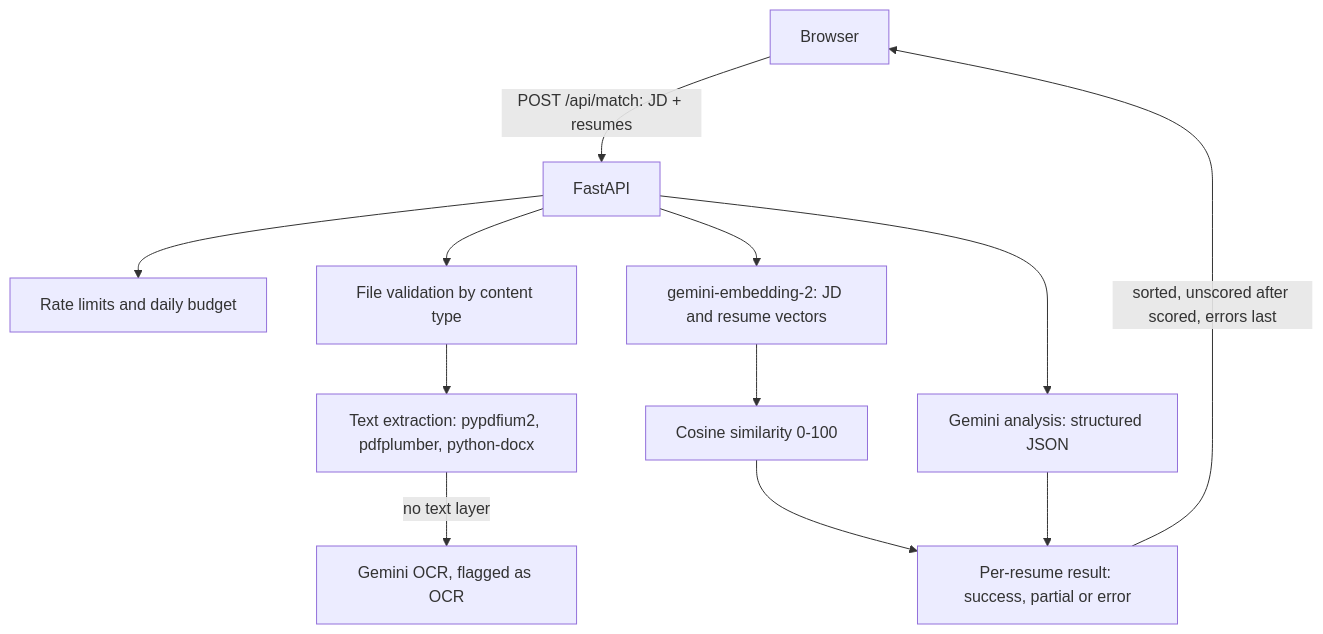
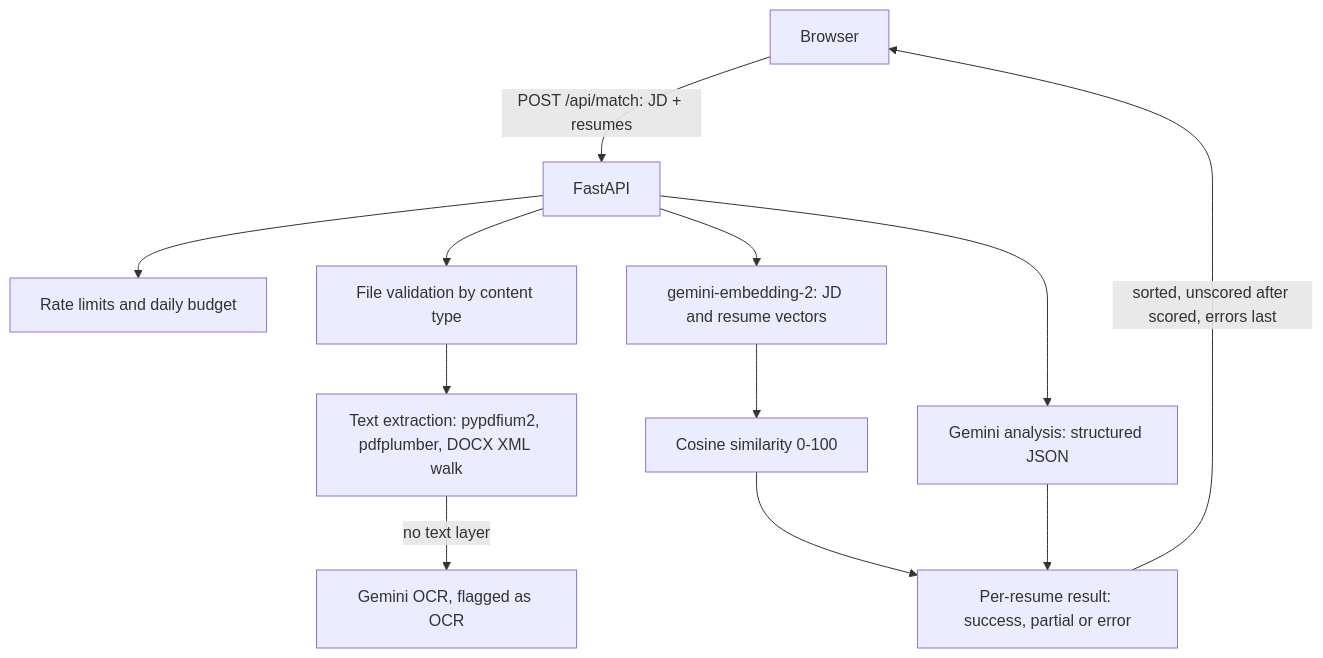
One commit to ShreyasHegde0105/HireIntel changed the diagram in README.md. Above: the diagram before and after it, drawn with Mermaid. The commit also changed other lines of this file and 5 other files, not shown here.

First line of the commit message:
Read DOCX text boxes, headers, footers and content controls (step C, T-P2-05)

````diff
--- a/README.md
+++ b/README.md
@@ -60,14 +60,14 @@
 ```mermaid
 flowchart TD
     A[Browser] -->|POST /api/match: JD + resumes| B[FastAPI]
     B --> L[Rate limits and daily budget]
     B --> C[File validation by content type]
-    C --> D[Text extraction: pypdfium2, pdfplumber, python-docx]
+    C --> D[Text extraction: pypdfium2, pdfplumber, DOCX XML walk]
     D -->|no text layer| E[Gemini OCR, flagged as OCR]
     B --> F[gemini-embedding-2: JD and resume vectors]
     F --> G[Cosine similarity 0-100]
     B --> H[Gemini analysis: structured JSON]
     G --> I[Per-resume result: success, partial or error]
     H --> I
     I -->|sorted, unscored after scored, errors last| A
 ```
````
